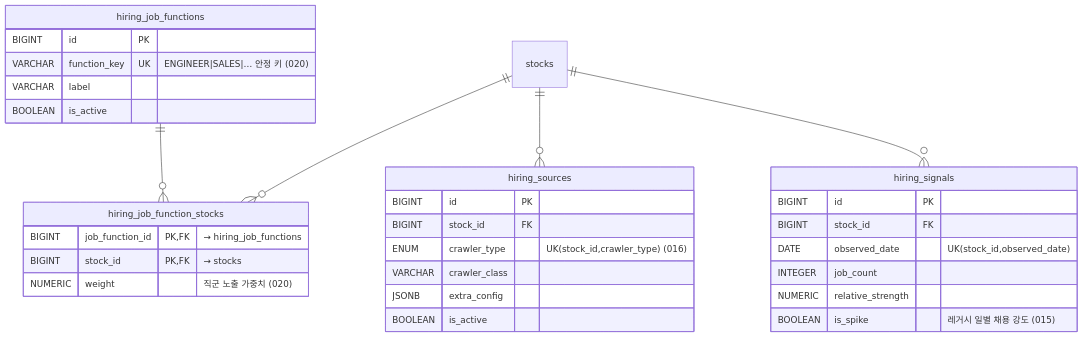
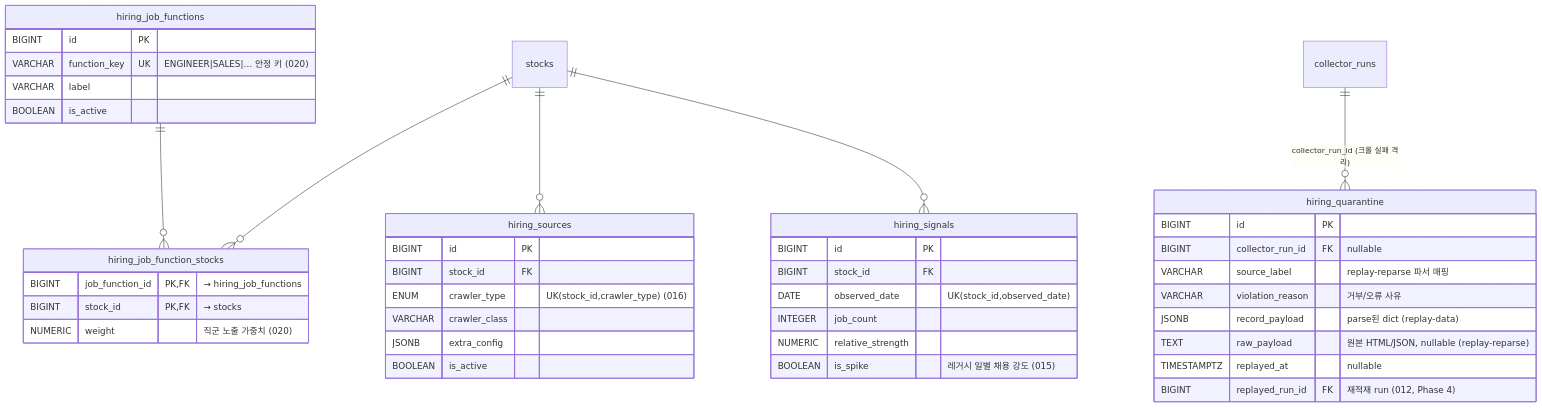
Before and after one commit to AIX14-3/signal-alpha: the tenth of 10 diagrams in database/erd/signal_alpha_core_erd.md, drawn with Mermaid. The commit also changed 6 other files, not shown here.

First line of the commit message:
feat(hiring): 레코드 레벨 격리 + replay 인프라 — 하이브리드 정공법 (Phase 4)

````diff
--- a/database/erd/signal_alpha_core_erd.md
+++ b/database/erd/signal_alpha_core_erd.md
@@ -501,38 +501,50 @@
 ```mermaid
 erDiagram
     hiring_signals {
         BIGINT id PK
         BIGINT stock_id FK
         DATE observed_date "UK(stock_id,observed_date)"
         INTEGER job_count
         NUMERIC relative_strength
         BOOLEAN is_spike "레거시 일별 채용 강도 (015)"
     }
 
     hiring_sources {
         BIGINT id PK
         BIGINT stock_id FK
         ENUM crawler_type "UK(stock_id,crawler_type) (016)"
         VARCHAR crawler_class
         JSONB extra_config
         BOOLEAN is_active
     }
 
     hiring_job_functions {
         BIGINT id PK
         VARCHAR function_key UK "ENGINEER|SALES|… 안정 키 (020)"
         VARCHAR label
         BOOLEAN is_active
     }
 
     hiring_job_function_stocks {
         BIGINT job_function_id PK,FK "→ hiring_job_functions"
         BIGINT stock_id PK,FK "→ stocks"
         NUMERIC weight "직군 노출 가중치 (020)"
     }
 
+    hiring_quarantine {
+        BIGINT id PK
+        BIGINT collector_run_id FK "nullable"
+        VARCHAR source_label "replay-reparse 파서 매핑"
+        VARCHAR violation_reason "거부/오류 사유"
+        JSONB record_payload "parse된 dict (replay-data)"
+        TEXT raw_payload "원본 HTML/JSON, nullable (replay-reparse)"
+        TIMESTAMPTZ replayed_at "nullable"
+        BIGINT replayed_run_id FK "재적재 run (012, Phase 4)"
+    }
+
     stocks ||--o{ hiring_signals : ""
     stocks ||--o{ hiring_sources : ""
     stocks ||--o{ hiring_job_function_stocks : ""
     hiring_job_functions ||--o{ hiring_job_function_stocks : ""
+    collector_runs ||--o{ hiring_quarantine : "collector_run_id (크롤 실패 격리)"
 ```
````
